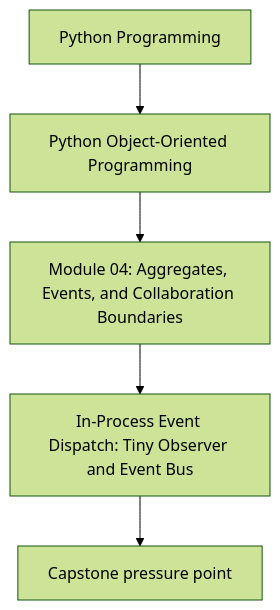
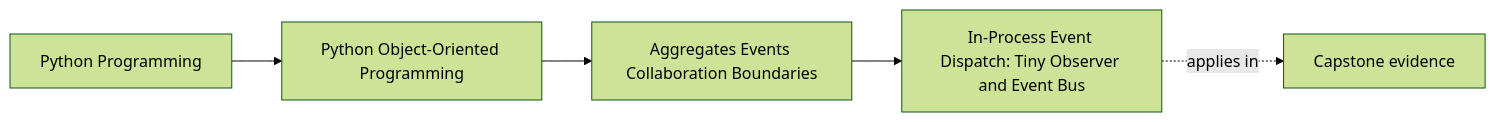
One commit to bijux/bijux-masterclass changed the first of 2 diagrams in programs/python-programming/python-object-oriented-programming/course-book/module-04-aggregates-events-collaboration-boundaries/in-process-event-bus.md. Above: the diagram before and after it, drawn with Mermaid (forest theme). The commit also changed other lines of this file and 65 other files, not shown here.

Commit message:
docs(python-object-oriented-programming): map object model and design foundations

````diff
--- a/programs/python-programming/python-object-oriented-programming/course-book/module-04-aggregates-events-collaboration-boundaries/in-process-event-bus.md
+++ b/programs/python-programming/python-object-oriented-programming/course-book/module-04-aggregates-events-collaboration-boundaries/in-process-event-bus.md
@@ -7,7 +7,11 @@
 ```mermaid
-flowchart TD
-  family["Python Programming"] --> program["Python Object-Oriented Programming"]
-  program --> module["Module 04: Aggregates, Events, and Collaboration Boundaries"]
-  module --> concept["In-Process Event Dispatch: Tiny Observer and Event Bus"]
-  concept --> capstone["Capstone pressure point"]
+graph LR
+  family["Python Programming"]
+  program["Python Object-Oriented Programming"]
+  section["Aggregates Events Collaboration Boundaries"]
+  page["In-Process Event Dispatch: Tiny Observer and Event Bus"]
+  capstone["Capstone evidence"]
+
+  family --> program --> section --> page
+  page -.applies in.-> capstone
 ```
````
